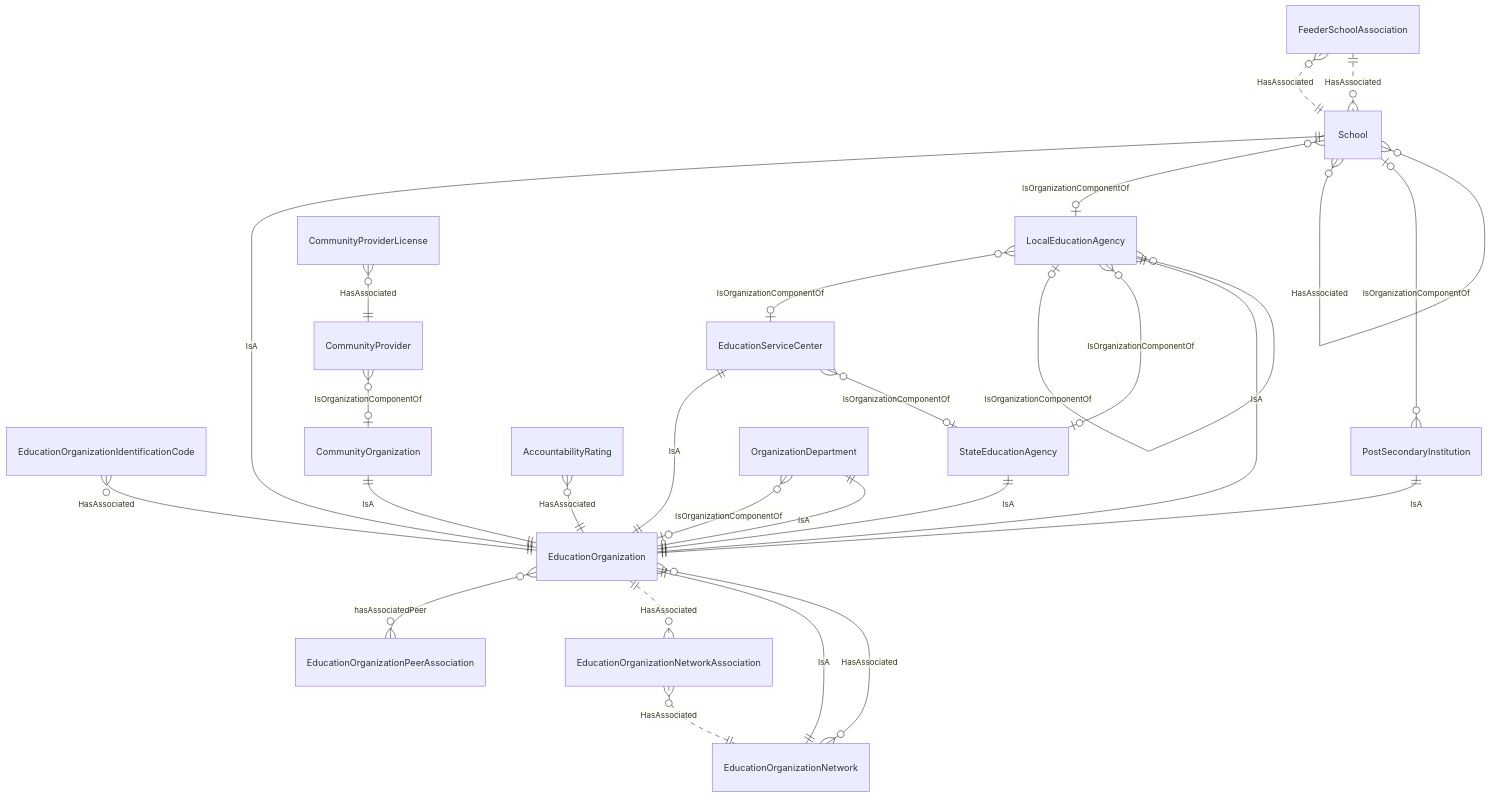
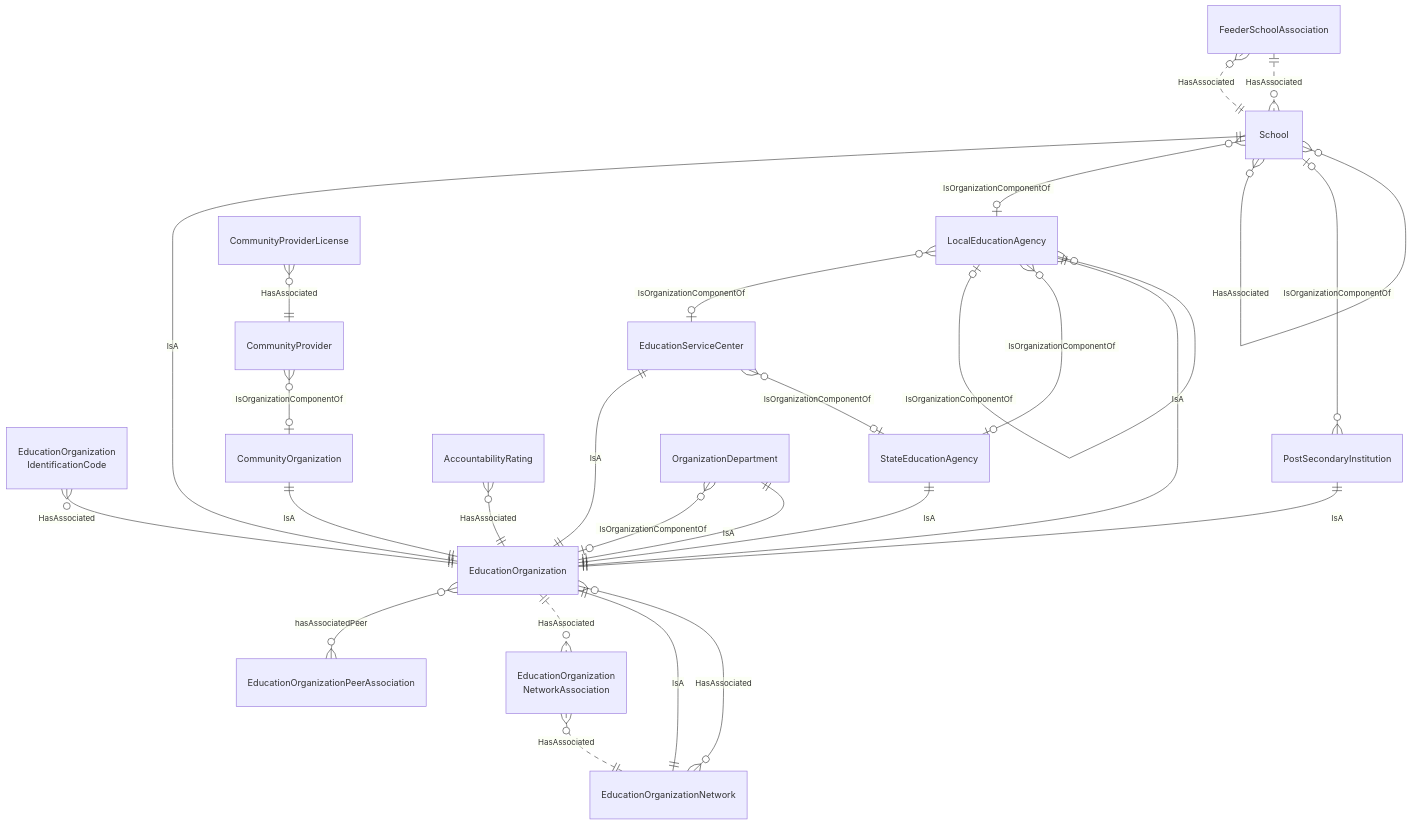
Before and after one commit to Ed-Fi-Alliance-OSS/ed-fi-alliance-oss.github.io: the diagram in dataStandard_versioned_docs/version-6/model-reference/education-organization-domain/EducationOrganization-simple.mmd, drawn with Mermaid. The commit also changed 20 other files, not shown here.

First line of the commit message:
Added Alternate Label Text and Line Breaks to Simple Diagrams

```diff
--- a/dataStandard_versioned_docs/version-6/model-reference/education-organization-domain/EducationOrganization-simple.mmd
+++ b/dataStandard_versioned_docs/version-6/model-reference/education-organization-domain/EducationOrganization-simple.mmd
@@ -1,57 +1,57 @@
 erDiagram
     EducationOrganization {
     }
-    EducationOrganizationIdentificationCode {
+    EducationOrganizationIdentificationCode["EducationOrganization<br/>IdentificationCode"] {
     }
     StateEducationAgency {
     }
     LocalEducationAgency {
     }
     EducationServiceCenter {
     }
     School {
     }
     PostSecondaryInstitution {
     }
     AccountabilityRating {
     }
     EducationOrganizationNetwork {
     }
-    EducationOrganizationNetworkAssociation {
+    EducationOrganizationNetworkAssociation["EducationOrganization<br/>NetworkAssociation"] {
     }
     FeederSchoolAssociation {
     }
     CommunityOrganization {
     }
     CommunityProvider {
     }
     CommunityProviderLicense {
     }
     OrganizationDepartment {
     }
     StateEducationAgency ||--|| EducationOrganization : "IsA"
     EducationServiceCenter ||--|| EducationOrganization : "IsA"
     School ||--|| EducationOrganization : "IsA"
     PostSecondaryInstitution ||--|| EducationOrganization : "IsA"
     CommunityOrganization ||--|| EducationOrganization : "IsA"
     OrganizationDepartment }o--o| EducationOrganization : "IsOrganizationComponentOf"
     OrganizationDepartment ||--|| EducationOrganization : "IsA"
     EducationOrganization }o--o{ EducationOrganizationPeerAssociation : "hasAssociatedPeer"
      EducationOrganizationNetwork ||--|| EducationOrganization : "IsA"
     EducationOrganizationNetwork }o--o{ EducationOrganization : "HasAssociated"
     EducationOrganization ||..o{ EducationOrganizationNetworkAssociation : "HasAssociated"
     EducationOrganizationNetworkAssociation }o..|| EducationOrganizationNetwork : "HasAssociated"
     AccountabilityRating }o--|| EducationOrganization : "HasAssociated"
     School }o--o| LocalEducationAgency : "IsOrganizationComponentOf"
     LocalEducationAgency }o--o| EducationServiceCenter : "IsOrganizationComponentOf"
     LocalEducationAgency |o--o{ LocalEducationAgency : "IsOrganizationComponentOf"
     EducationServiceCenter }o--o| StateEducationAgency : "IsOrganizationComponentOf"
     LocalEducationAgency }o--o| StateEducationAgency : "IsOrganizationComponentOf"
     LocalEducationAgency ||--|| EducationOrganization : "IsA"
     FeederSchoolAssociation }o..|| School : "HasAssociated"
     FeederSchoolAssociation ||..}o School : "HasAssociated"
     School }o--o{ School : "HasAssociated"
     CommunityProvider }o--o| CommunityOrganization : "IsOrganizationComponentOf"
     CommunityProviderLicense }o--|| CommunityProvider : "HasAssociated"
     EducationOrganizationIdentificationCode }o--|| EducationOrganization : "HasAssociated"
     School |o--o{ PostSecondaryInstitution : "IsOrganizationComponentOf"
```
